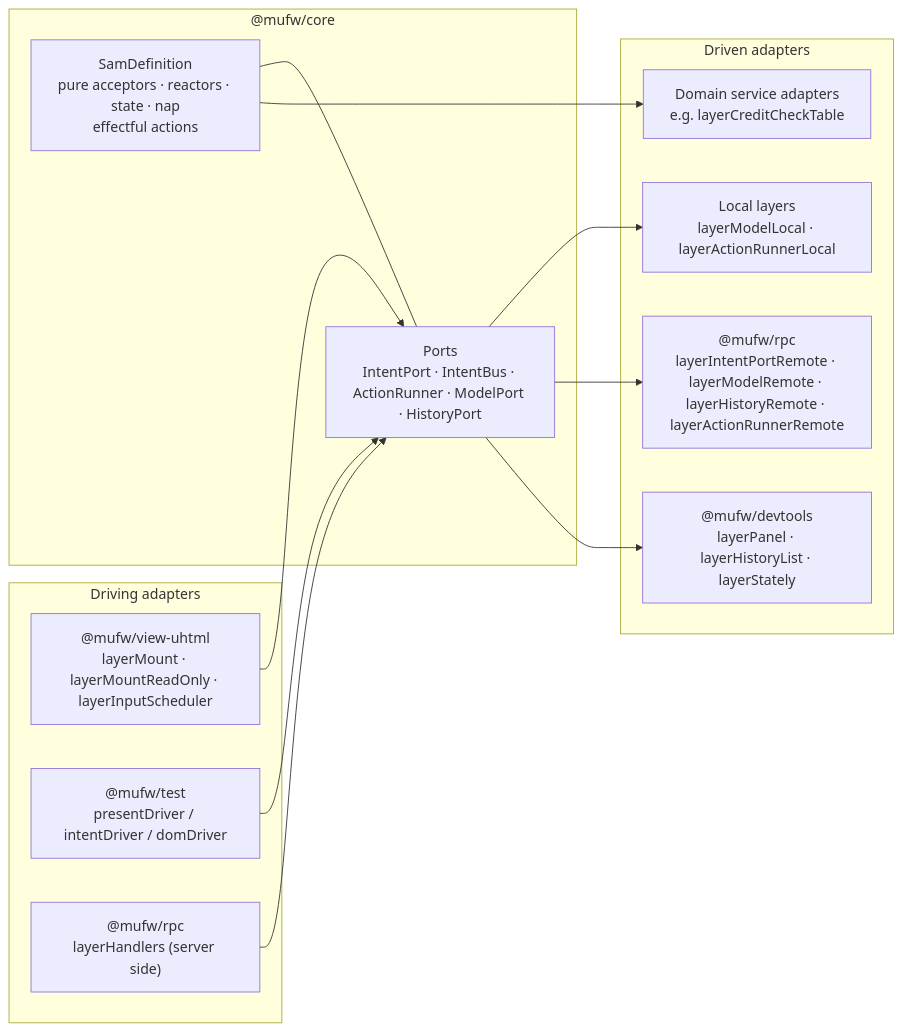
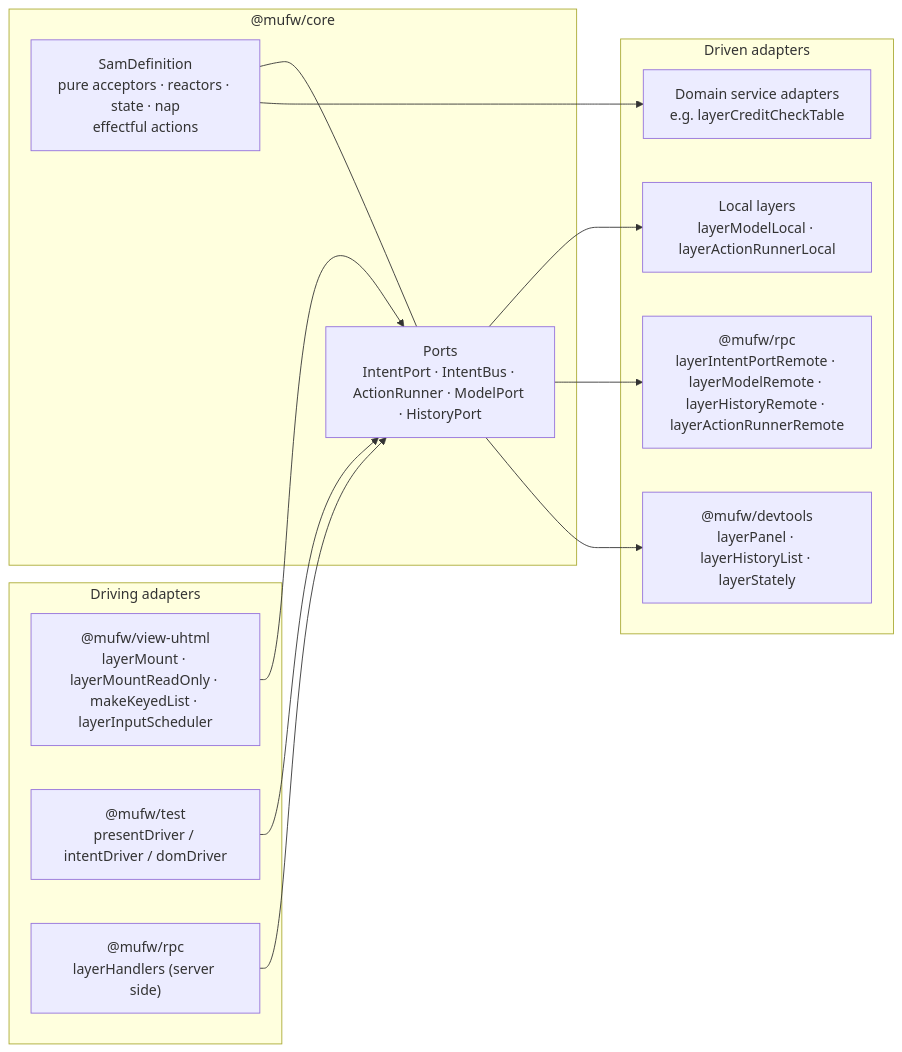
The first of 2 diagrams in docs/ARCHITECTURE.md (Trebh/microfw), drawn with Mermaid before and after one commit. The commit also changed other lines of this file and 45 other files, not shown here.

````diff
--- a/docs/ARCHITECTURE.md
+++ b/docs/ARCHITECTURE.md
@@ -15,26 +15,26 @@
 ```mermaid
 flowchart LR
   subgraph Driving adapters
-    View["@mufw/view-uhtml<br/>layerMount · layerMountReadOnly · layerInputScheduler"]
+    View["@mufw/view-uhtml<br/>layerMount · layerMountReadOnly · makeKeyedList · layerInputScheduler"]
     Drivers["@mufw/test<br/>presentDriver / intentDriver / domDriver"]
     Handlers["@mufw/rpc<br/>layerHandlers (server side)"]
   end
   subgraph Core["@mufw/core"]
     Def["SamDefinition<br/>pure acceptors · reactors · state · nap<br/>effectful actions"]
     Ports["Ports<br/>IntentPort · IntentBus · ActionRunner · ModelPort · HistoryPort"]
     Def --- Ports
   end
   subgraph Driven adapters
     Local["Local layers<br/>layerModelLocal · layerActionRunnerLocal"]
     Remote["@mufw/rpc<br/>layerIntentPortRemote · layerModelRemote · layerHistoryRemote · layerActionRunnerRemote"]
     Domain["Domain service adapters<br/>e.g. layerCreditCheckTable"]
     Devtools["@mufw/devtools<br/>layerPanel · layerHistoryList · layerStately"]
   end
   View --> Ports
   Drivers --> Ports
   Handlers --> Ports
   Ports --> Local
   Ports --> Remote
   Def --> Domain
   Ports --> Devtools
 ```
````
